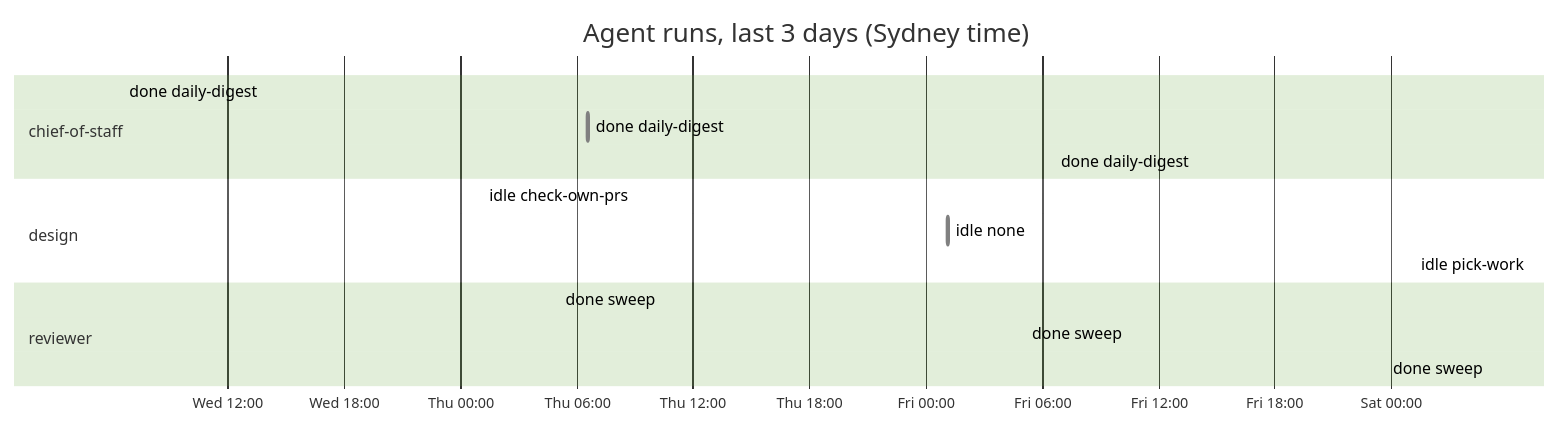
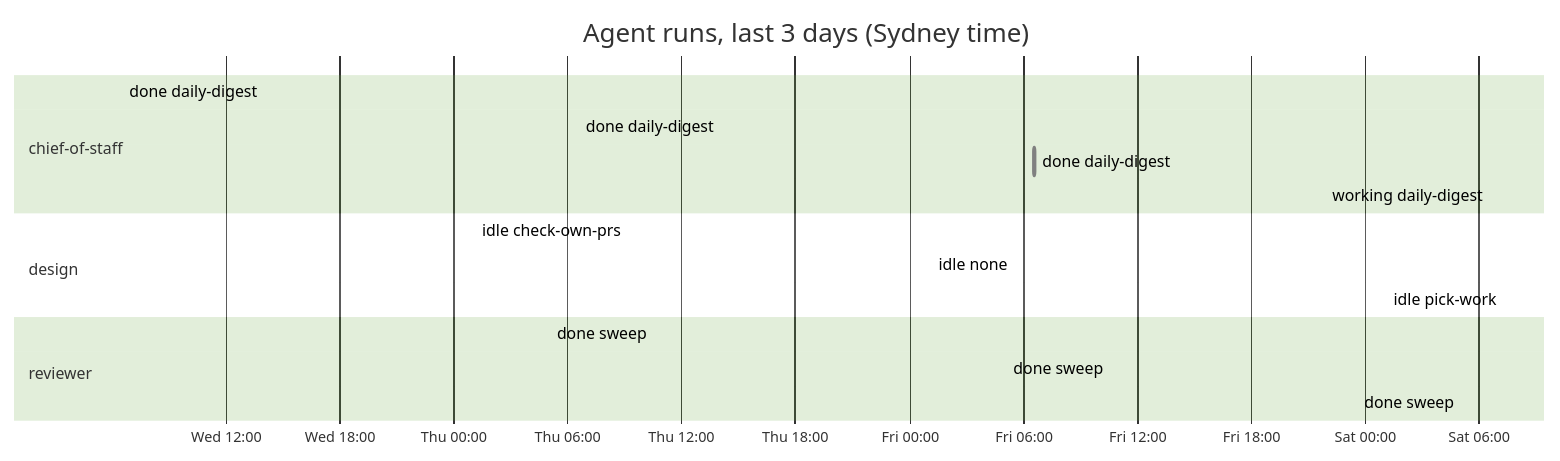
The diagram in dashboard.md (roulmediateam-byte/fifteen-expert-hq), drawn with Mermaid (forest theme) before and after one commit. The commit also changed other lines of this file and 1 other file, not shown here.

````diff
--- a/dashboard.md
+++ b/dashboard.md
@@ -55,18 +55,19 @@
 ```mermaid
 gantt
     title Agent runs, last 3 days (Sydney time)
     dateFormat YYYY-MM-DD HH:mm
     axisFormat %a %H:%M
     section chief-of-staff
     done daily-digest :done, 2026-11-25 06:34, 2026-11-25 06:35
     done daily-digest :done, 2026-11-26 06:35, 2026-11-26 06:36
     done daily-digest :done, 2026-11-27 06:35, 2026-11-27 06:36
+    working daily-digest :active, 2026-11-28 06:34, 2026-11-28 06:35
     section design
     idle check-own-prs :done, 2026-11-26 01:09, 2026-11-26 01:09
     idle none :done, 2026-11-27 01:08, 2026-11-27 01:09
     idle pick-work :done, 2026-11-28 01:09, 2026-11-28 01:09
     section reviewer
     done sweep :done, 2026-11-26 05:05, 2026-11-26 05:06
     done sweep :done, 2026-11-27 05:05, 2026-11-27 05:06
     done sweep :done, 2026-11-28 05:05, 2026-11-28 05:06
 ```
````
